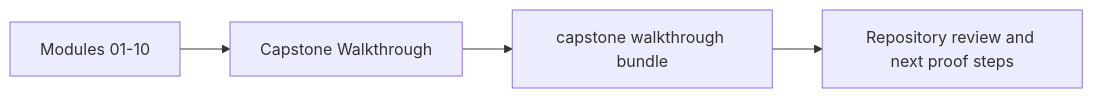
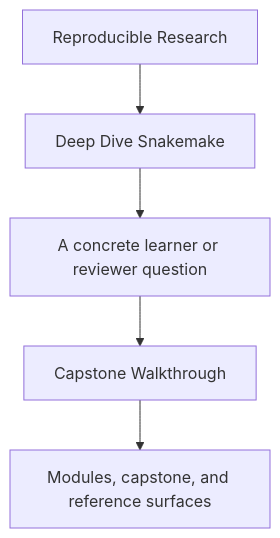
The first of 2 diagrams in programs/reproducible-research/deep-dive-snakemake/course-book/guides/capstone-walkthrough.md (bijux/bijux-masterclass), drawn with Mermaid before and after one commit. The commit also changed other lines of this file and 29 other files, not shown here.

Commit message:
docs(deep-dive-snakemake): sharpen guide and reference diagrams

````diff
--- a/programs/reproducible-research/deep-dive-snakemake/course-book/guides/capstone-walkthrough.md
+++ b/programs/reproducible-research/deep-dive-snakemake/course-book/guides/capstone-walkthrough.md
@@ -9,6 +9,7 @@
 ```mermaid
-graph LR
-  modules["Modules 01-10"] --> walkthrough["Capstone Walkthrough"]
-  walkthrough --> bundle["capstone walkthrough bundle"]
-  bundle --> review["Repository review and next proof steps"]
+flowchart TD
+  family["Reproducible Research"] --> program["Deep Dive Snakemake"]
+  program --> pressure["A concrete learner or reviewer question"]
+  pressure --> guide["Capstone Walkthrough"]
+  guide --> next["Modules, capstone, and reference surfaces"]
 ```
````
